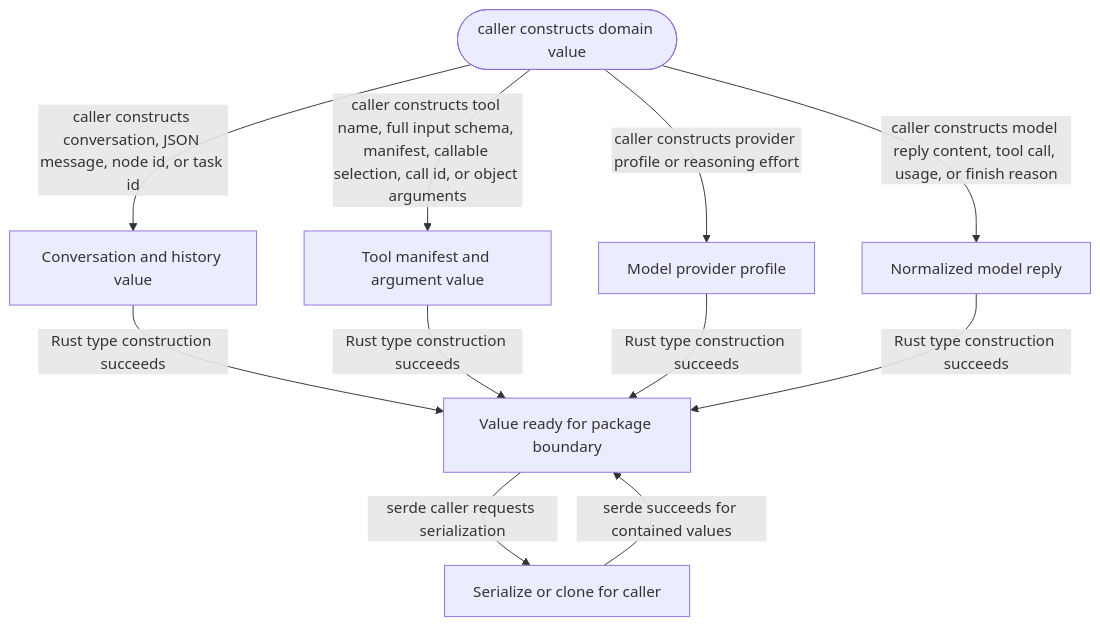
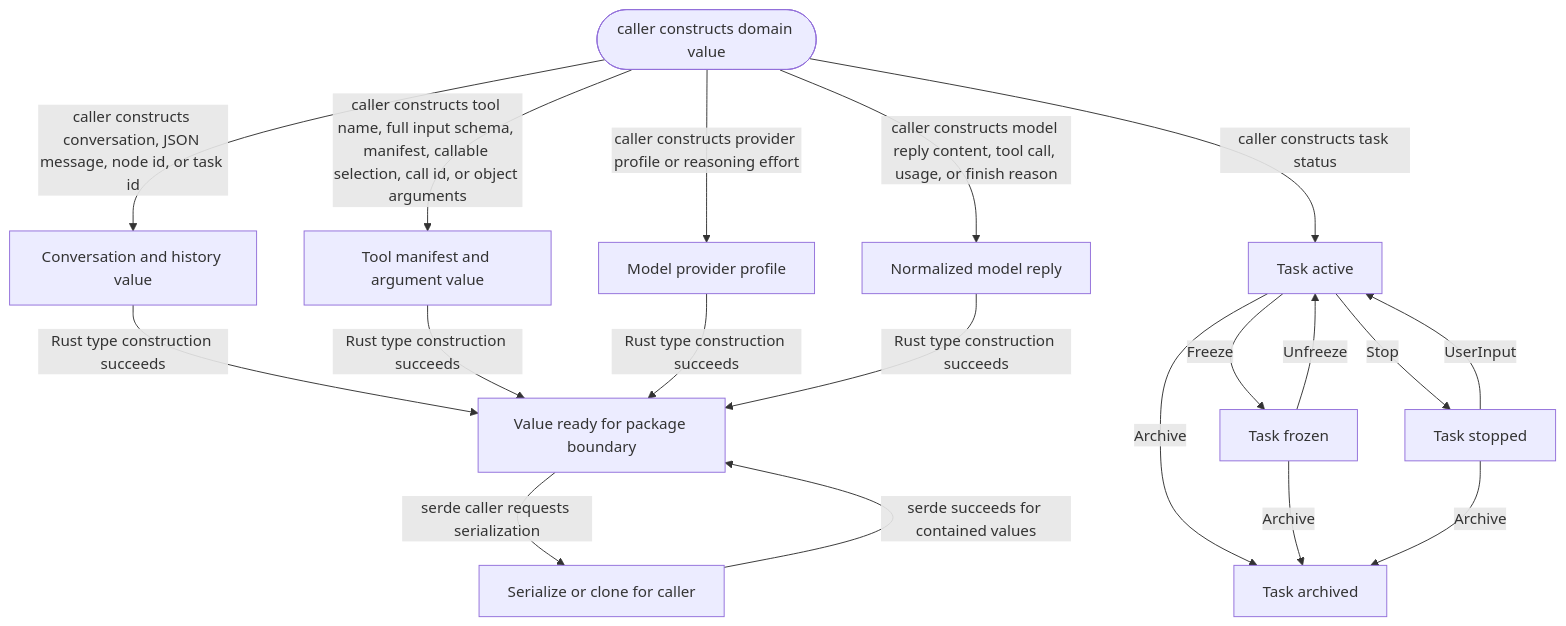
The diagram in crates/domain-model/README.md (JiaJunDeng5930/Selvedge), drawn with Mermaid before and after one commit. The commit also changed other lines of this file and 13 other files, not shown here.

````diff
--- a/crates/domain-model/README.md
+++ b/crates/domain-model/README.md
@@ -28,21 +30,33 @@
 ```mermaid
 flowchart TD
   Start([caller constructs domain value])
   Conversation[Conversation and history value]
   Tool[Tool manifest and argument value]
   Provider[Model provider profile]
   Reply[Normalized model reply]
+  TaskActive[Task active]
+  TaskFrozen[Task frozen]
+  TaskStopped[Task stopped]
+  TaskArchived[Task archived]
   Ready[Value ready for package boundary]
   Serialize[Serialize or clone for caller]
 
   Start -->|caller constructs conversation, JSON message, node id, or task id| Conversation
   Start -->|caller constructs tool name, full input schema, manifest, callable selection, call id, or object arguments| Tool
   Start -->|caller constructs provider profile or reasoning effort| Provider
   Start -->|caller constructs model reply content, tool call, usage, or finish reason| Reply
+  Start -->|caller constructs task status| TaskActive
   Conversation -->|Rust type construction succeeds| Ready
   Tool -->|Rust type construction succeeds| Ready
   Provider -->|Rust type construction succeeds| Ready
   Reply -->|Rust type construction succeeds| Ready
+  TaskActive -->|Freeze| TaskFrozen
+  TaskFrozen -->|Unfreeze| TaskActive
+  TaskActive -->|Stop| TaskStopped
+  TaskStopped -->|UserInput| TaskActive
+  TaskActive -->|Archive| TaskArchived
+  TaskFrozen -->|Archive| TaskArchived
+  TaskStopped -->|Archive| TaskArchived
   Ready -->|serde caller requests serialization| Serialize
   Serialize -->|serde succeeds for contained values| Ready
 ```
````
